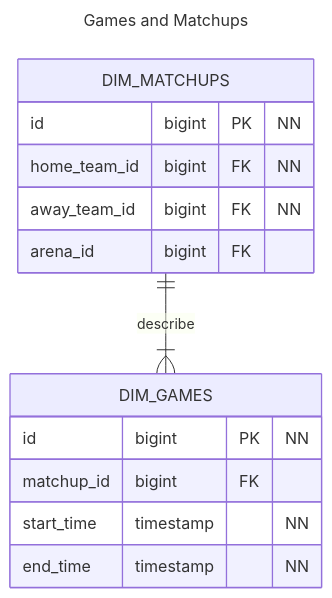
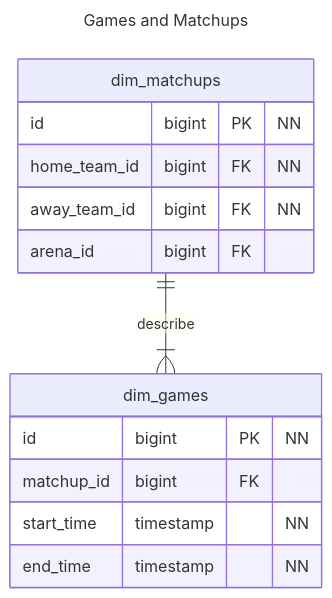
One commit to SwolenOstrich430/basketball-stats changed the diagram in docs/database/erd/teams/teams-games.mmd. Above: the diagram before and after it, drawn with Mermaid.

Commit message:
lowercase table names

```diff
--- a/docs/database/erd/teams/teams-games.mmd
+++ b/docs/database/erd/teams/teams-games.mmd
@@ -1,20 +1,20 @@
 ---
 title: Games and Matchups
 ---
 
 erDiagram
-    DIM_MATCHUPS ||--|{ DIM_GAMES : describe 
+    dim_matchups ||--|{ dim_games : describe 
      
-    DIM_GAMES {
+    dim_games {
         id bigint PK "NN"
         matchup_id bigint FK 
         start_time timestamp "NN"
         end_time timestamp "NN"
     }
 
-    DIM_MATCHUPS {
+    dim_matchups {
         id bigint PK "NN"
         home_team_id bigint FK "NN" 
         away_team_id bigint FK "NN"
         arena_id bigint FK 
     }
```
